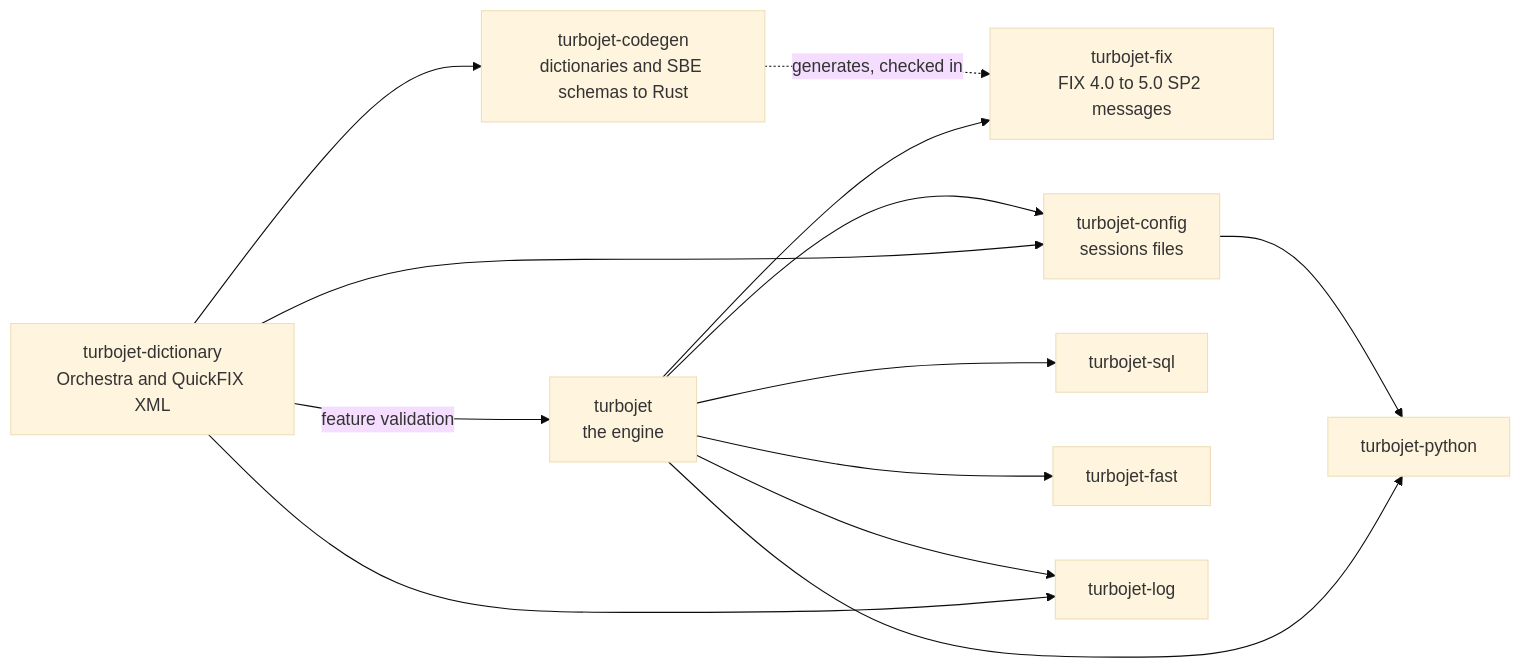
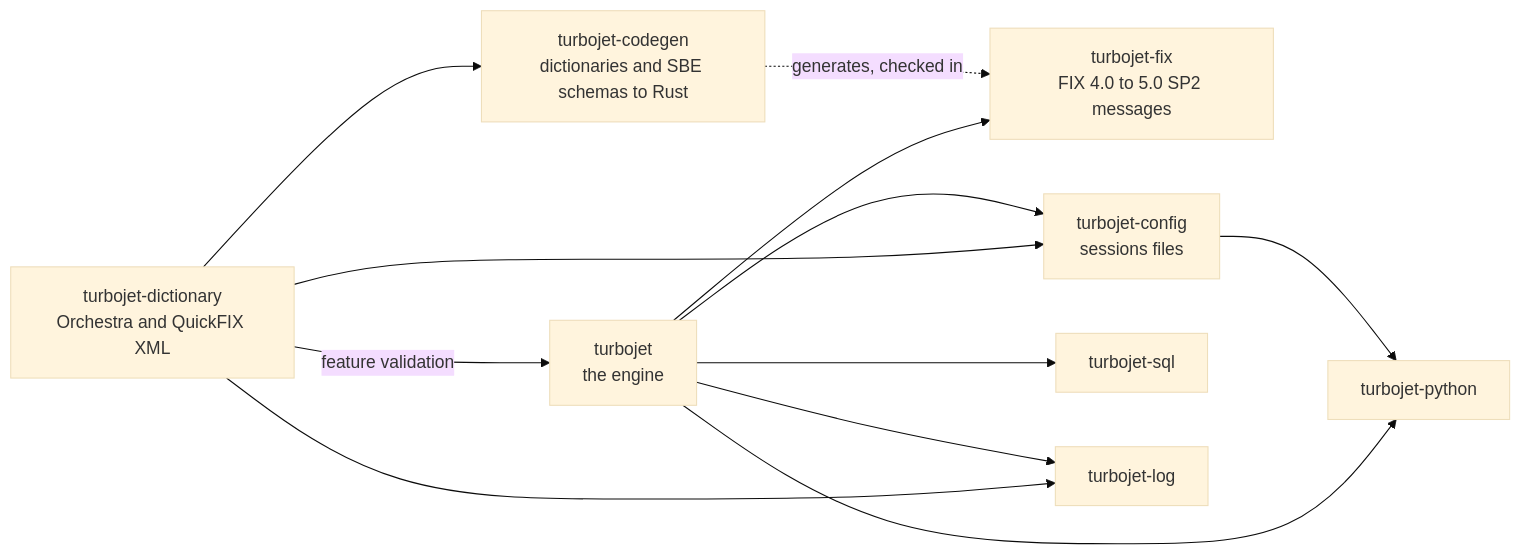
One commit to jrogers/turbojet changed the first of 4 diagrams in docs/ARCHITECTURE.md. Above: the diagram before and after it, drawn with Mermaid (base theme). The commit also changed other lines of this file and 31 other files, not shown here.

First line of the commit message:
Move FAST into turbojet, as the fast feature

````diff
--- a/docs/ARCHITECTURE.md
+++ b/docs/ARCHITECTURE.md
@@ -9,25 +9,23 @@
 ```mermaid
 flowchart LR
     dictionary[turbojet-dictionary<br/>Orchestra and QuickFIX XML]
     codegen[turbojet-codegen<br/>dictionaries and SBE schemas to Rust]
     engine[turbojet<br/>the engine]
     fix[turbojet-fix<br/>FIX 4.0 to 5.0 SP2 messages]
     config[turbojet-config<br/>sessions files]
     sql[turbojet-sql]
-    fast[turbojet-fast]
     log[turbojet-log]
     python[turbojet-python]
 
     dictionary --> codegen
     codegen -. "generates, checked in" .-> fix
     dictionary -- "feature validation" --> engine
     engine --> fix
     engine --> config
     dictionary --> config
     engine --> sql
-    engine --> fast
     engine --> log
     dictionary --> log
     config --> python
     engine --> python
 ```
````
